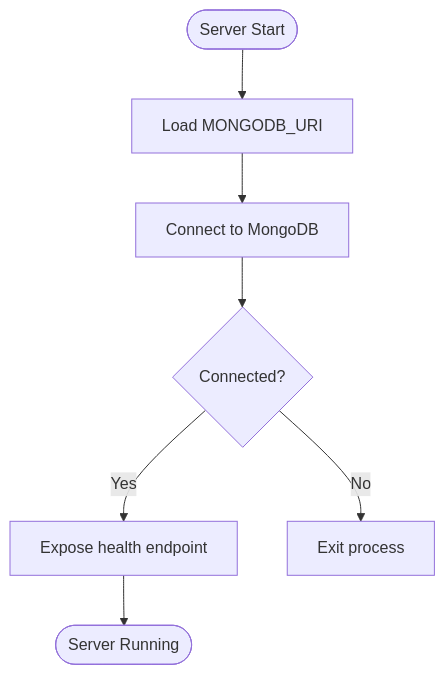
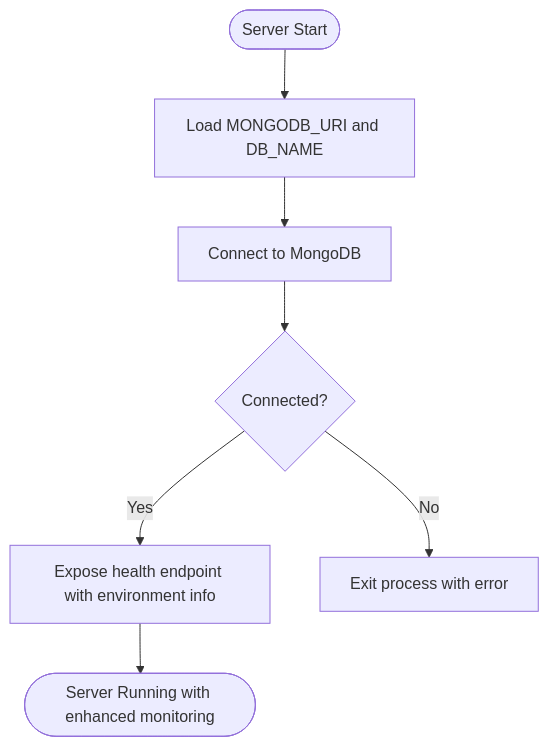
Before and after one commit to aayeshasiddiqah2611-pixel/flavora_ai_server: the sixth of 9 diagrams in .qoder/repowiki/en/content/Deployment and Distribution/Deployment Configuration.md, drawn with Mermaid. The commit also changed other lines of this file and 7 other files, not shown here.

````diff
--- a/.qoder/repowiki/en/content/Deployment and Distribution/Deployment Configuration.md
+++ b/.qoder/repowiki/en/content/Deployment and Distribution/Deployment Configuration.md
@@ -250,9 +251,9 @@
 ```mermaid
 flowchart TD
-Start(["Server Start"]) --> LoadEnv["Load MONGODB_URI"]
+Start(["Server Start"]) --> LoadEnv["Load MONGODB_URI and DB_NAME"]
 LoadEnv --> Connect["Connect to MongoDB"]
 Connect --> Success{"Connected?"}
-Success --> |Yes| Health["Expose health endpoint"]
-Success --> |No| Exit["Exit process"]
-Health --> Ready(["Server Running"])
+Success --> |Yes| Health["Expose health endpoint with environment info"]
+Success --> |No| Exit["Exit process with error"]
+Health --> Ready(["Server Running with enhanced monitoring"])
 ```
````
